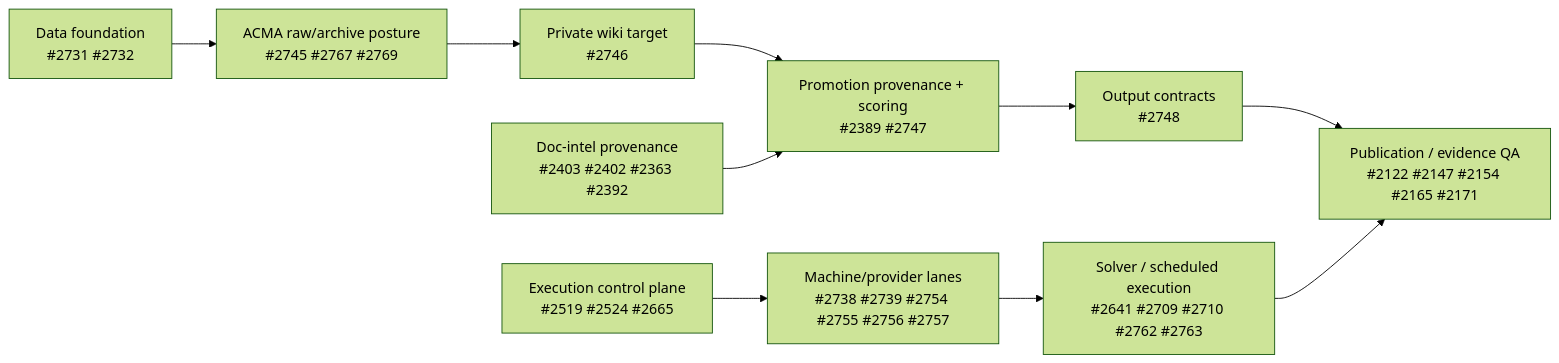
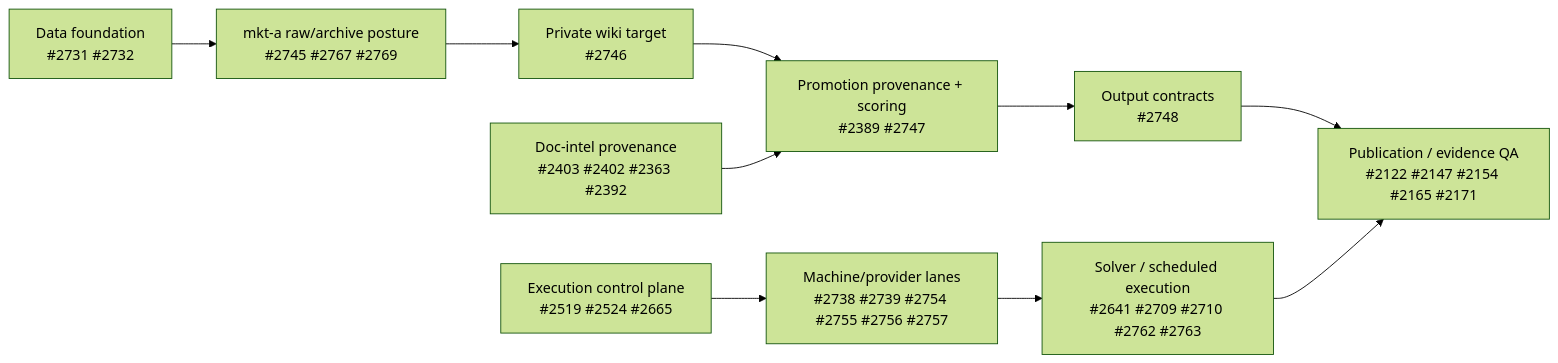
The diagram in docs/reports/2026-05-20-data-execution-results-kanban.md (vamseeachanta/workspace-hub), drawn with Mermaid (forest theme) before and after one commit. The commit also changed other lines of this file and 646 other files, not shown here.

````diff
--- a/docs/reports/2026-05-20-data-execution-results-kanban.md
+++ b/docs/reports/2026-05-20-data-execution-results-kanban.md
@@ -32,14 +32,14 @@
 ```mermaid
 flowchart LR
-  A[Data foundation\n#2731 #2732] --> B[ACMA raw/archive posture\n#2745 #2767 #2769]
+  A[Data foundation\n#2731 #2732] --> B[mkt-a raw/archive posture\n#2745 #2767 #2769]
   B --> C[Private wiki target\n#2746]
   C --> D[Promotion provenance + scoring\n#2389 #2747]
   D --> E[Output contracts\n#2748]
   E --> F[Publication / evidence QA\n#2122 #2147 #2154 #2165 #2171]
 
   X[Execution control plane\n#2519 #2524 #2665] --> Y[Machine/provider lanes\n#2738 #2739 #2754 #2755 #2756 #2757]
   Y --> Z[Solver / scheduled execution\n#2641 #2709 #2710 #2762 #2763]
   Z --> F
 
   P[Doc-intel provenance\n#2403 #2402 #2363 #2392] --> D
 ```
````
